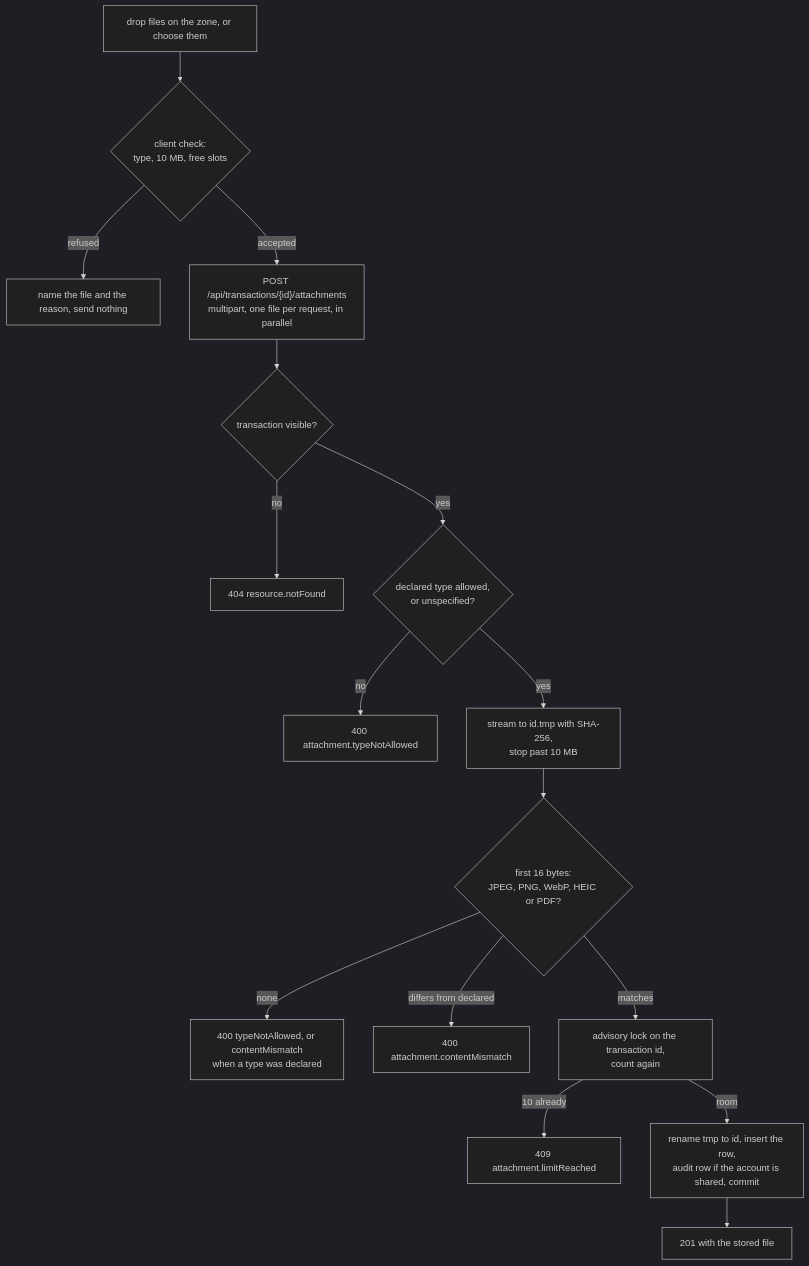
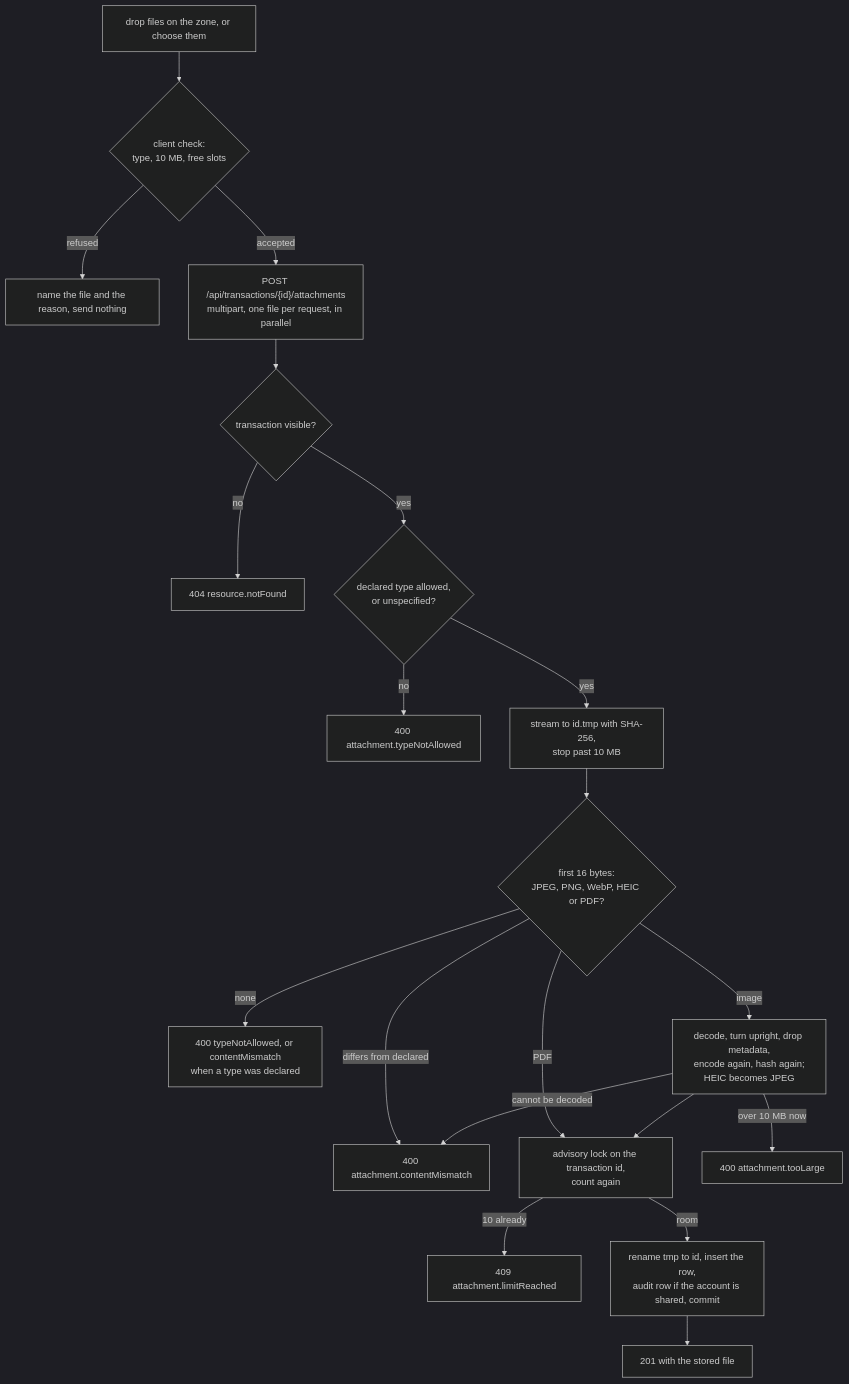
Before and after one commit to Justxs/Jx-Finance: the second of 4 diagrams in docs/features/attachments.md, drawn with Mermaid (dark theme). The commit also changed other lines of this file and 12 other files, not shown here.

````diff
--- a/docs/features/attachments.md
+++ b/docs/features/attachments.md
@@ -38,18 +38,22 @@
 ```mermaid
 flowchart TD
     Pick["drop files on the zone, or choose them"] --> Client{"client check:<br/>type, 10 MB, free slots"}
     Client -->|"refused"| Say["name the file and the reason, send nothing"]
     Client -->|"accepted"| Post["POST /api/transactions/{id}/attachments<br/>multipart, one file per request, in parallel"]
     Post --> Visible{"transaction visible?"}
     Visible -->|"no"| NotFound["404 resource.notFound"]
     Visible -->|"yes"| Declared{"declared type allowed,<br/>or unspecified?"}
     Declared -->|"no"| TypeRefused["400 attachment.typeNotAllowed"]
     Declared -->|"yes"| Stream["stream to id.tmp with SHA-256,<br/>stop past 10 MB"]
     Stream --> Sniff{"first 16 bytes:<br/>JPEG, PNG, WebP, HEIC or PDF?"}
     Sniff -->|"none"| Refuse["400 typeNotAllowed, or contentMismatch<br/>when a type was declared"]
     Sniff -->|"differs from declared"| Mismatch["400 attachment.contentMismatch"]
-    Sniff -->|"matches"| Lock["advisory lock on the transaction id,<br/>count again"]
+    Sniff -->|"PDF"| Lock["advisory lock on the transaction id,<br/>count again"]
+    Sniff -->|"image"| Clean["decode, turn upright, drop metadata,<br/>encode again, hash again;<br/>HEIC becomes JPEG"]
+    Clean -->|"cannot be decoded"| Mismatch
+    Clean -->|"over 10 MB now"| Large["400 attachment.tooLarge"]
+    Clean --> Lock
     Lock -->|"10 already"| Full["409 attachment.limitReached"]
     Lock -->|"room"| Save["rename tmp to id, insert the row,<br/>audit row if the account is shared, commit"]
     Save --> Answer["201 with the stored file"]
 ```
````
